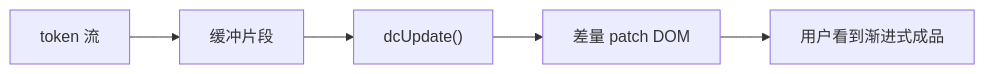
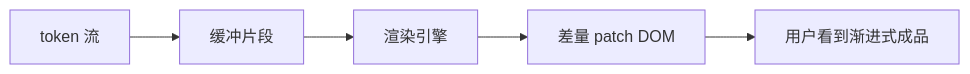
Before and after one commit to Haoping-Xiao/haoping-xiao.github.io: the second of 2 diagrams in src/content/blog/claude-design-architecture.mdx, drawn with Mermaid. The commit also changed other lines of this file, not shown here.

Commit message:
Remove internal code variable names from claude-design-architecture blog post

````diff
--- a/src/content/blog/claude-design-architecture.mdx
+++ b/src/content/blog/claude-design-architecture.mdx
@@ -104,7 +97,7 @@
 ```mermaid
 flowchart LR
     A["token 流"] --> B["缓冲片段"]
-    B --> C["dcUpdate()"]
+    B --> C["渲染引擎"]
     C --> D["差量 patch DOM"]
     D --> E["用户看到渐进式成品"]
 ```
````
